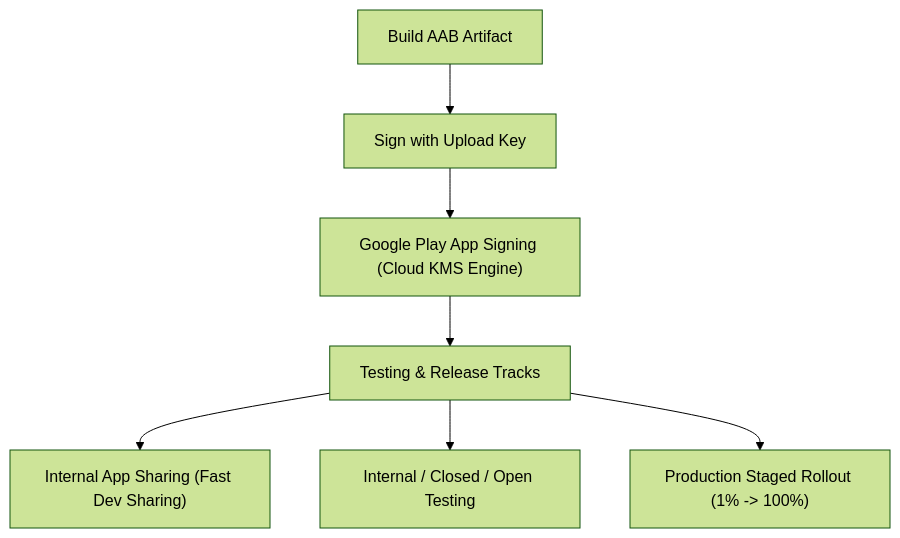
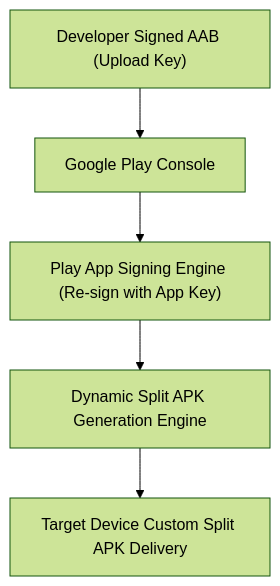
The diagram in 01_inbox/mobile/android/03_packaging_deployment/distribution/release-distribution-contracts/release-distribution-contracts.md (youngmin-gwon/what-i-studied), drawn with Mermaid (forest theme) before and after one commit. The commit also changed other lines of this file and 134 other files, not shown here.

````diff
--- a/01_inbox/mobile/android/03_packaging_deployment/distribution/release-distribution-contracts/release-distribution-contracts.md
+++ b/01_inbox/mobile/android/03_packaging_deployment/distribution/release-distribution-contracts/release-distribution-contracts.md
@@ -15,10 +25,7 @@
 ```mermaid
 flowchart TD
-    Build["Build AAB Artifact"] --> UploadSign["Sign with Upload Key"]
-    UploadSign --> PlaySigning["Google Play App Signing (Cloud KMS Engine)"]
-    PlaySigning --> DistributionTracks["Testing & Release Tracks"]
-    
-    DistributionTracks --> InternalAppSharing["Internal App Sharing (Fast Dev Sharing)"]
-    DistributionTracks --> InternalTrack["Internal / Closed / Open Testing"]
-    DistributionTracks --> Production["Production Staged Rollout (1% -> 100%)"]
+    DevAAB["Developer Signed AAB (Upload Key)"] --> PlayConsole["Google Play Console"]
+    PlayConsole --> AppSigning["Play App Signing Engine (Re-sign with App Key)"]
+    AppSigning --> SplitAPKGen["Dynamic Split APK Generation Engine"]
+    SplitAPKGen --> DeviceDist["Target Device Custom Split APK Delivery"]
 ```
````
